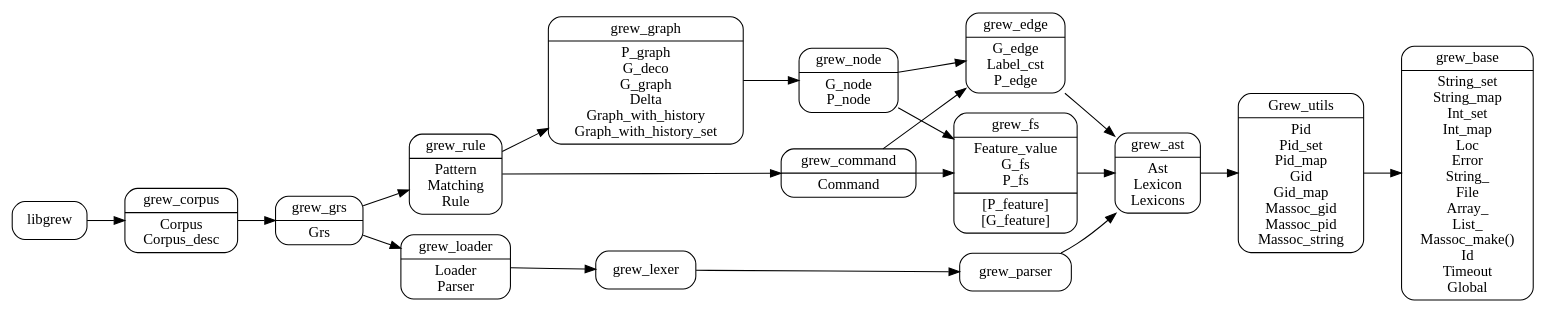
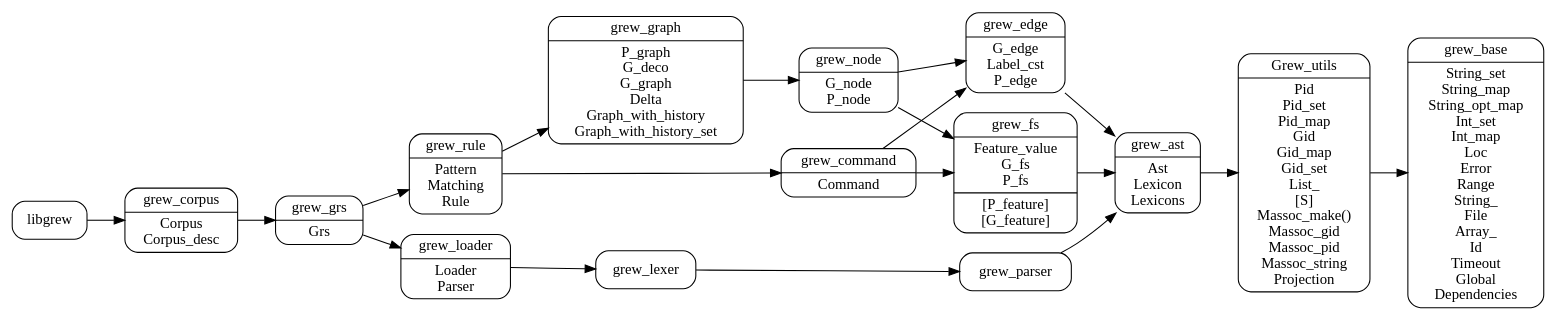
The diagram in dev/arch.dot (grew-nlp/grewlib), drawn with Graphviz before and after one commit. The commit also changed 5 other files, not shown here.

```diff
--- a/dev/arch.dot
+++ b/dev/arch.dot
@@ -1,32 +1,32 @@
 digraph grew {
   node [shape=Mrecord];
   rankdir = LR;
-  grew_base [label="grew_base|String_set\nString_map\nInt_set\nInt_map\nLoc\nError\nString_\nFile\nArray_\nList_\nMassoc_make()\nId\nTimeout\nGlobal"]
-  Grew_utils [label="Grew_utils|Pid\nPid_set\nPid_map\nGid\nGid_map\nMassoc_gid\nMassoc_pid\nMassoc_string"]
+  grew_base [label="grew_base|String_set\nString_map\nString_opt_map\nInt_set\nInt_map\nLoc\nError\nRange\nString_\nFile\nArray_\nId\nTimeout\nGlobal\nDependencies"]
+  Grew_utils [label="Grew_utils|Pid\nPid_set\nPid_map\nGid\nGid_map\nGid_set\nList_\n[S]\nMassoc_make()\nMassoc_gid\nMassoc_pid\nMassoc_string\nProjection"]
   grew_ast [label="grew_ast|Ast\nLexicon\nLexicons"]
   grew_loader [label="grew_loader|Loader\nParser"]
   grew_fs [label="grew_fs|Feature_value\nG_fs\nP_fs|[P_feature]\n[G_feature]"]
   grew_edge [label="grew_edge|G_edge\nLabel_cst\nP_edge"]
   grew_node [label="grew_node|G_node\nP_node"]
   grew_command [label="grew_command|Command"]
   grew_graph [label="grew_graph|P_graph\nG_deco\nG_graph\nDelta\nGraph_with_history\nGraph_with_history_set"]
   grew_rule [label="grew_rule|Pattern\nMatching\nRule"]
   grew_grs [label="grew_grs|Grs"]
   grew_corpus [label="grew_corpus|Corpus\nCorpus_desc"]
 
 grew_ast -> Grew_utils -> grew_base
 grew_edge -> grew_ast
 grew_fs -> grew_ast
 grew_command -> grew_edge
 grew_command -> grew_fs
 grew_node -> grew_edge
 grew_node -> grew_fs
 grew_graph -> grew_node
 grew_rule -> grew_command
 grew_rule -> grew_graph
 grew_grs -> grew_rule
 grew_grs -> grew_loader -> grew_lexer -> grew_parser -> grew_ast
 grew_corpus -> grew_grs
 libgrew -> grew_corpus
 
 }
```
